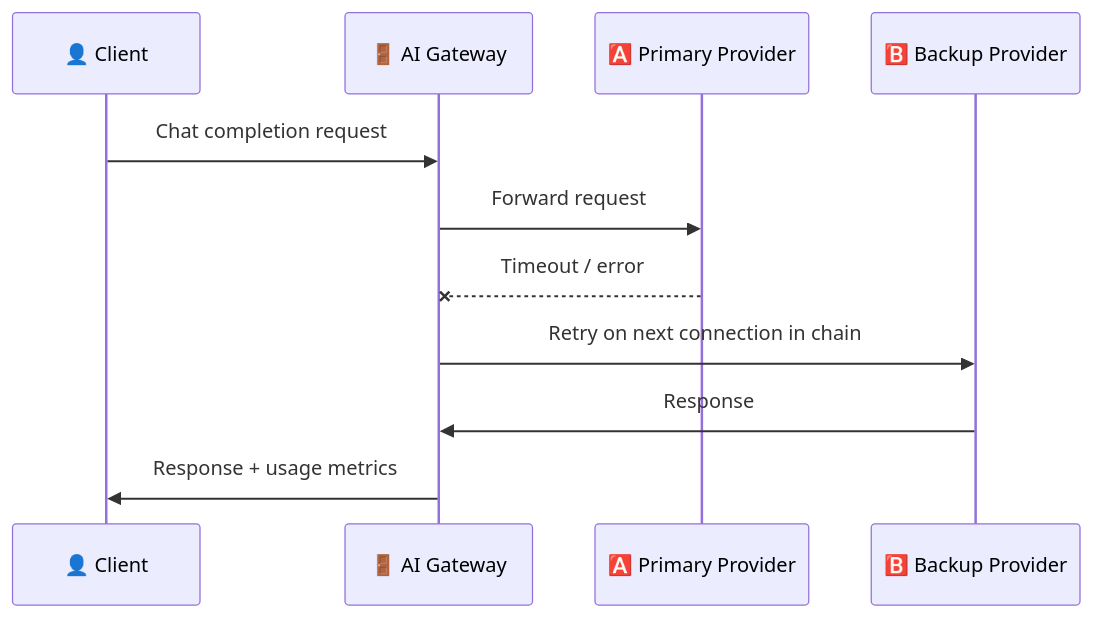
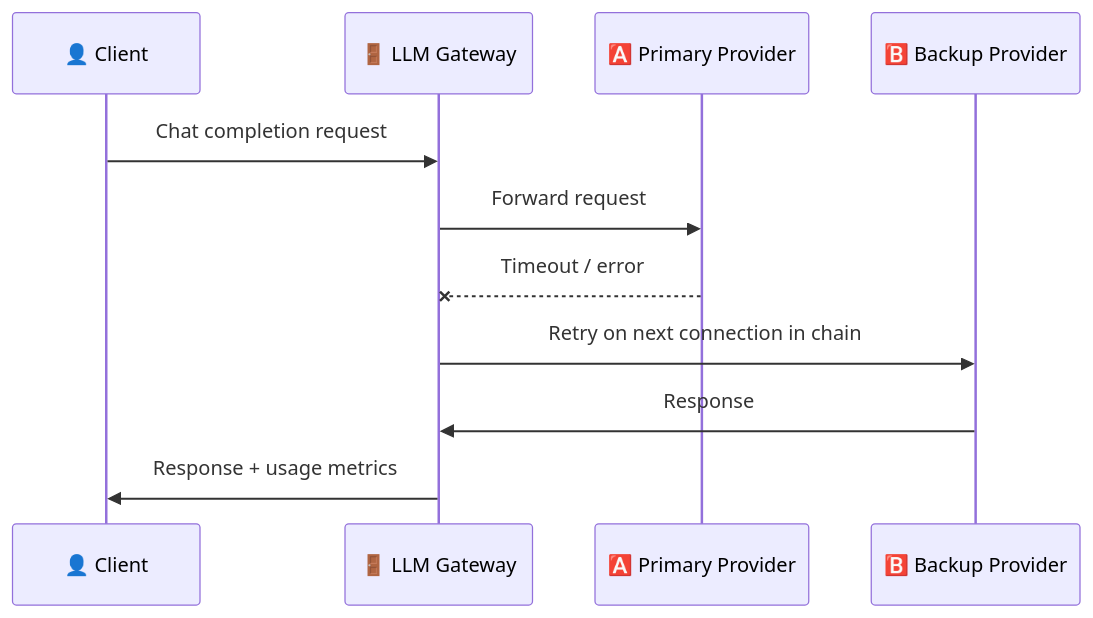
Before and after one commit to apinizer/docs: the diagram in en/ai-gateway/routing-and-failover.mdx, drawn with Mermaid. The commit also changed other lines of this file and 34 other files, not shown here.

First line of the commit message:
docs(ai-gateway): LLM Gateway naming, current menu paths, no default policies

````diff
--- a/en/ai-gateway/routing-and-failover.mdx
+++ b/en/ai-gateway/routing-and-failover.mdx
@@ -330,14 +330,14 @@
 ```mermaid
 sequenceDiagram
     participant Client as 👤 Client
-    participant Gateway as 🚪 AI Gateway
+    participant Gateway as 🚪 LLM Gateway
     participant Primary as 🅰️ Primary Provider
     participant Backup as 🅱️ Backup Provider
 
     Client->>Gateway: Chat completion request
     Gateway->>Primary: Forward request
     Primary--xGateway: Timeout / error
     Gateway->>Backup: Retry on next connection in chain
     Backup->>Gateway: Response
     Gateway->>Client: Response + usage metrics
 ```
````
